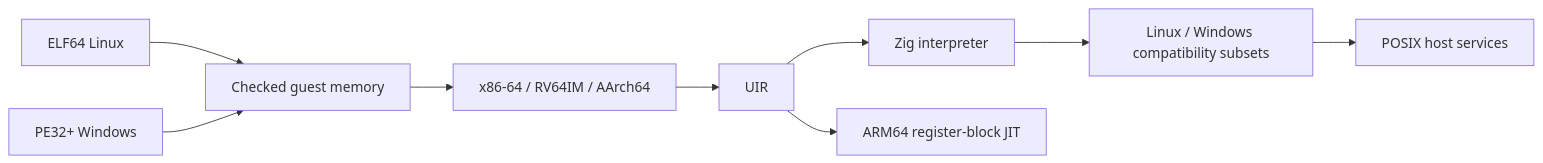
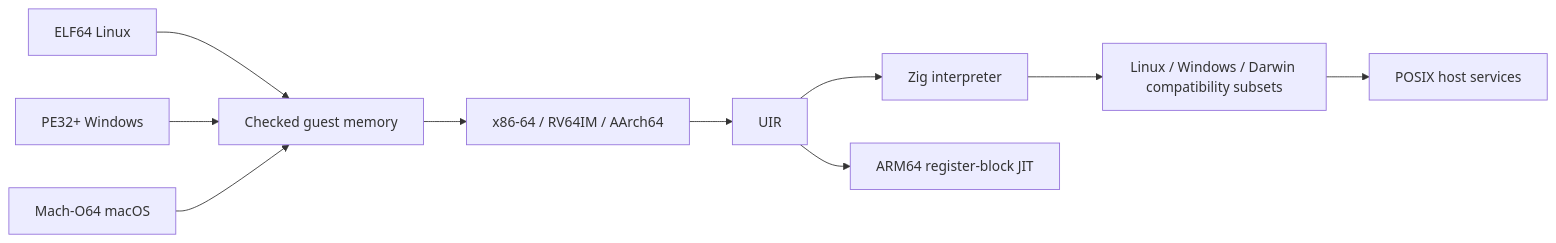
The diagram in README.md (OthmaneBlial/universe), drawn with Mermaid before and after one commit. The commit also changed other lines of this file and 30 other files, not shown here.

Commit message:
Execute library-free Mach-O guests through the Darwin BSD ABI

````diff
--- a/README.md
+++ b/README.md
@@ -141,11 +158,12 @@
 ```mermaid
 flowchart LR
     ELF[ELF64 Linux] --> Memory[Checked guest memory]
     PE[PE32+ Windows] --> Memory
+    MachO[Mach-O64 macOS] --> Memory
     Memory --> CPU[x86-64 / RV64IM / AArch64]
     CPU --> UIR
     UIR --> Interpreter[Zig interpreter]
     UIR --> JIT[ARM64 register-block JIT]
-    Interpreter --> ABI[Linux / Windows compatibility subsets]
+    Interpreter --> ABI[Linux / Windows / Darwin compatibility subsets]
     ABI --> Host[POSIX host services]
 ```
````
